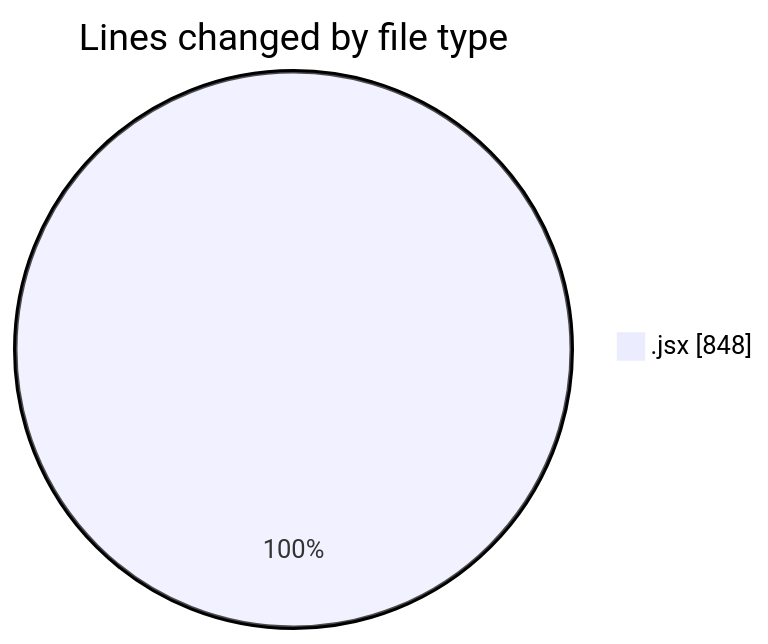
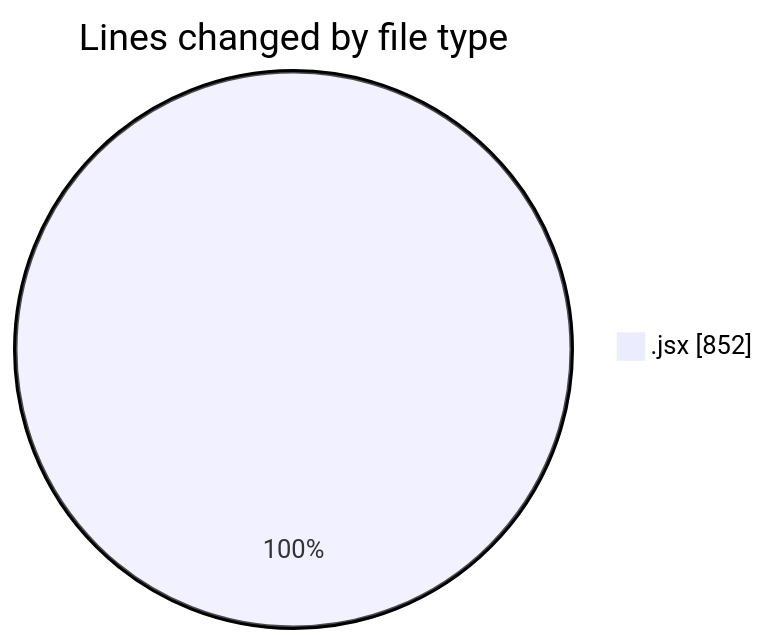
One commit to nxtqubesakshisongat/code-tracking changed the first of 2 diagrams in 2025-08-22/nxtqube_webapp/README.md. Above: the diagram before and after it, drawn with Mermaid. The commit also changed other lines of this file and 1 other file, not shown here.

````diff
--- a/2025-08-22/nxtqube_webapp/README.md
+++ b/2025-08-22/nxtqube_webapp/README.md
@@ -20,5 +20,5 @@
 ```mermaid
 pie showData
 title Lines changed by file type
-".jsx" : 848
+".jsx" : 852
 ```
````
